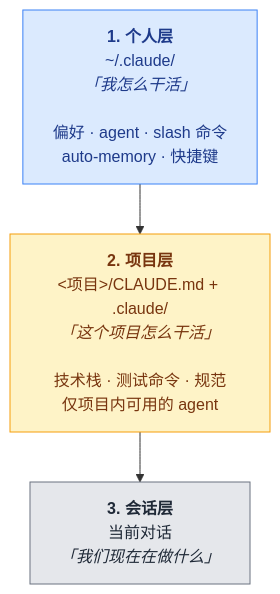
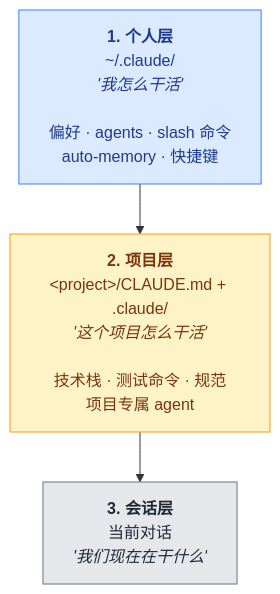
One commit to YunyueLi/clauderoam changed the first of 4 diagrams in README.zh-CN.md. Above: the diagram before and after it, drawn with Mermaid. The commit also changed other lines of this file and 1 other file, not shown here.

````diff
--- a/README.zh-CN.md
+++ b/README.zh-CN.md
@@ -184,12 +138,12 @@
 ```mermaid
 flowchart TB
     classDef personal fill:#dbeafe,stroke:#3b82f6,color:#1e3a8a
     classDef project fill:#fef3c7,stroke:#f59e0b,color:#78350f
     classDef session fill:#e5e7eb,stroke:#6b7280,color:#1f2937
 
-    A["<b>1. 个人层</b><br/>~/.claude/<br/><i>「我怎么干活」</i><br/><br/>偏好 · agent · slash 命令<br/>auto-memory · 快捷键"]:::personal
-    B["<b>2. 项目层</b><br/>&lt;项目&gt;/CLAUDE.md + .claude/<br/><i>「这个项目怎么干活」</i><br/><br/>技术栈 · 测试命令 · 规范<br/>仅项目内可用的 agent"]:::project
-    C["<b>3. 会话层</b><br/>当前对话<br/><i>「我们现在在做什么」</i>"]:::session
+    A["<b>1. 个人层</b><br/>~/.claude/<br/><i>'我怎么干活'</i><br/><br/>偏好 · agents · slash 命令<br/>auto-memory · 快捷键"]:::personal
+    B["<b>2. 项目层</b><br/>&lt;project&gt;/CLAUDE.md + .claude/<br/><i>'这个项目怎么干活'</i><br/><br/>技术栈 · 测试命令 · 规范<br/>项目专属 agent"]:::project
+    C["<b>3. 会话层</b><br/>当前对话<br/><i>'我们现在在干什么'</i>"]:::session
 
     A --> B --> C
 ```
````
